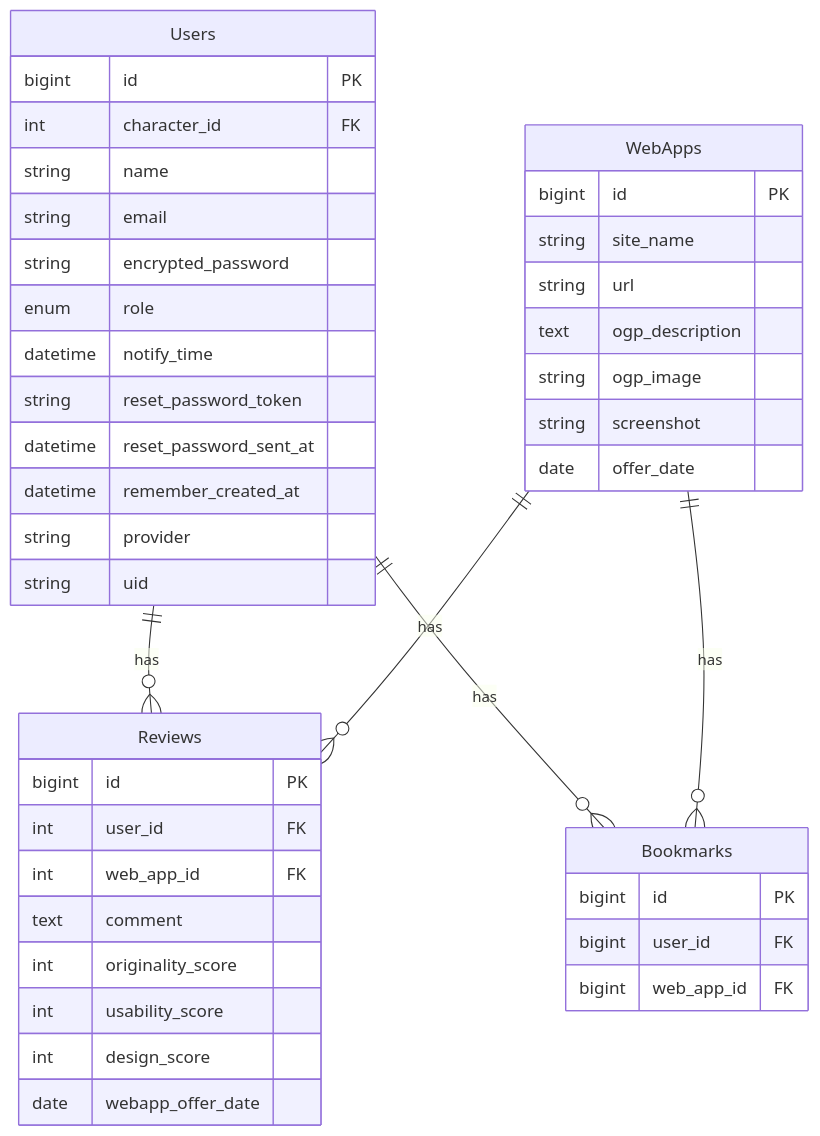
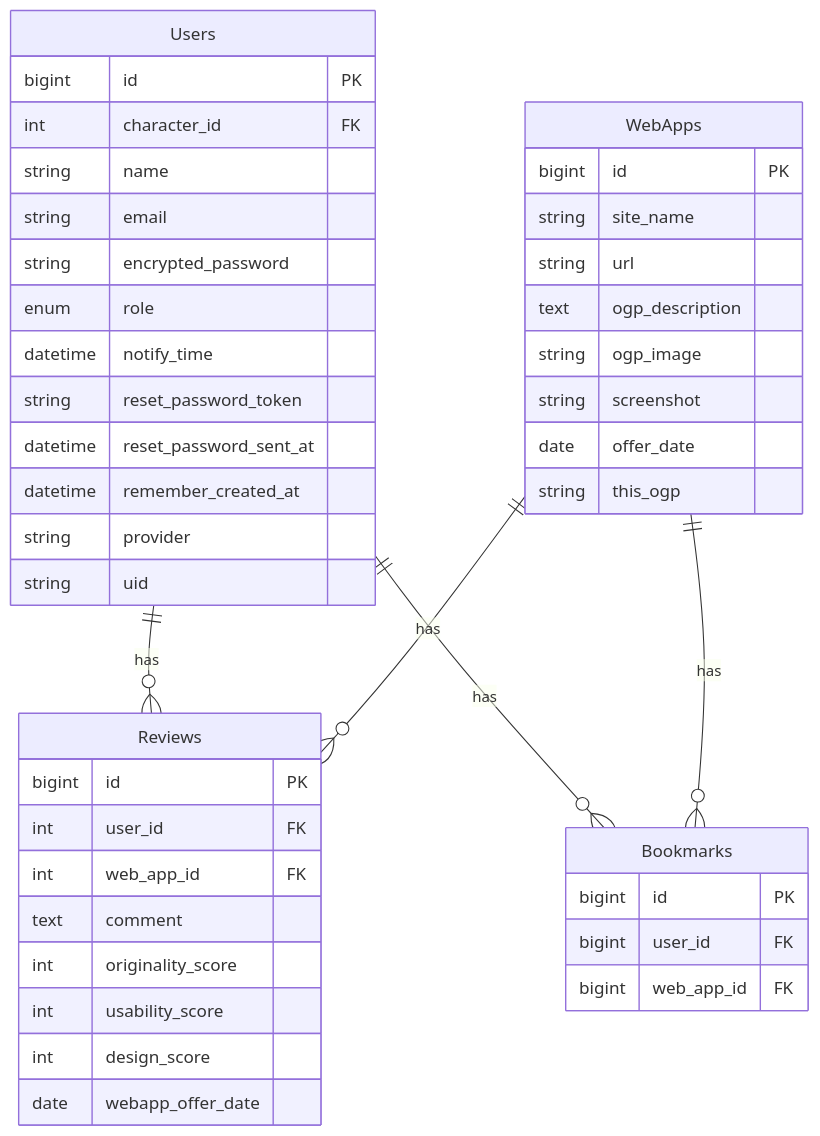
One commit to hiroshi-okimura/web_app_diary changed the diagram in README.md. Above: the diagram before and after it, drawn with Mermaid. The commit also changed other lines of this file, not shown here.

````diff
--- a/README.md
+++ b/README.md
@@ -57,45 +60,46 @@
 ```mermaid
 erDiagram
   Users ||--o{ Reviews : has
 	Users ||--o{ Bookmarks : has
   WebApps ||--o{ Reviews : has
 	WebApps ||--o{ Bookmarks : has
   Users {
 	bigint id PK
 	int character_id FK
 	string name
 	string email
 	string encrypted_password
 	enum role
 	datetime notify_time
 	string reset_password_token
 	datetime reset_password_sent_at
 	datetime remember_created_at
 	string provider
 	string uid
   }
   WebApps {
 	bigint id PK
 	string site_name
 	string url
 	text ogp_description
 	string ogp_image
 	string screenshot
 	date offer_date
+	string this_ogp
   }
   Reviews {
 	bigint id PK
 	int user_id FK
 	int web_app_id FK
 	text comment
 	int originality_score
 	int usability_score
 	int design_score
 	date webapp_offer_date
   }
   Bookmarks {
 	bigint id PK
 	bigint user_id FK
 	bigint web_app_id FK
   }
 ```
````
